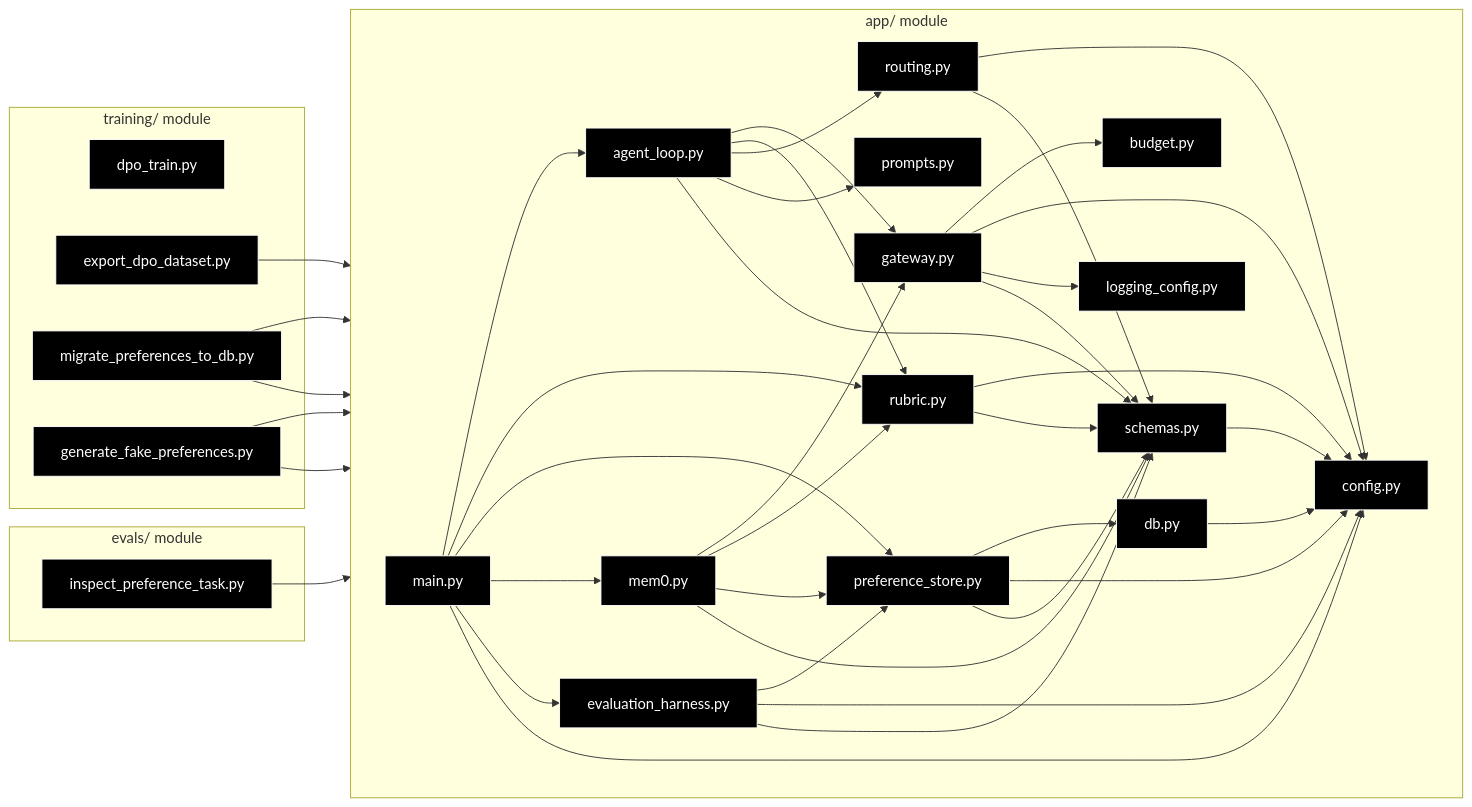
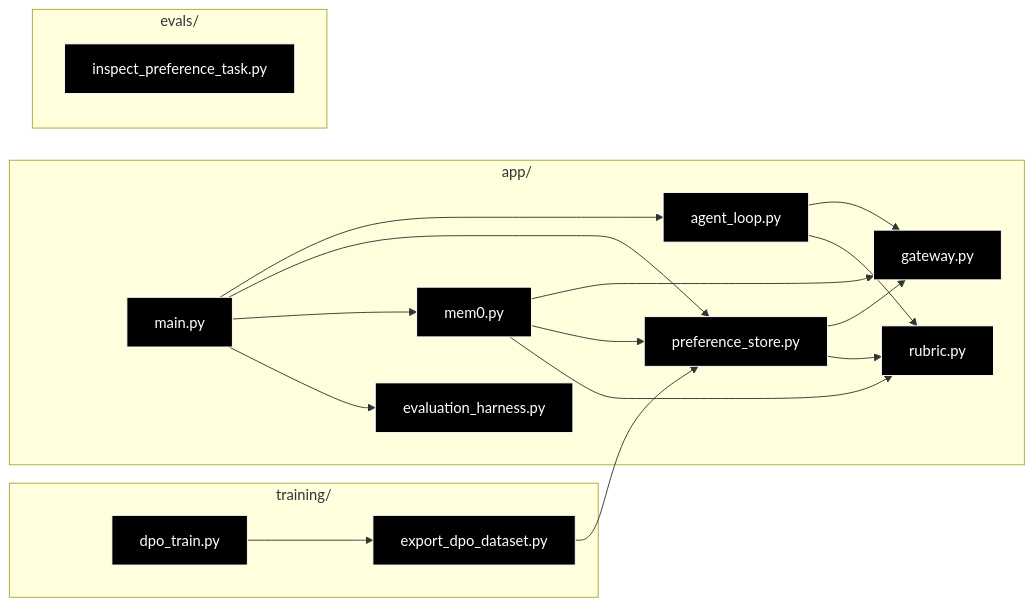
Before and after one commit to Hasan26ozcan/Script-Supervisor: the second of 16 diagrams in docs/TECHNICAL_DIAGRAMS.md, drawn with Mermaid. The commit also changed other lines of this file, not shown here.

````diff
--- a/docs/TECHNICAL_DIAGRAMS.md
+++ b/docs/TECHNICAL_DIAGRAMS.md
@@ -40,84 +42,41 @@
 ```mermaid
 graph LR
-    subgraph app["app/ module"]
-        direction LR
+    subgraph app["app/"]
         MAIN["main.py"]
         LOOP["agent_loop.py"]
         GW["gateway.py"]
         RUB["rubric.py"]
         MEM["mem0.py"]
         PREF["preference_store.py"]
-        DB["db.py"]
-        ROUTE["routing.py"]
-        CFG["config.py"]
-        SCHEMA["schemas.py"]
-        PROMPT["prompts.py"]
-        BUDGET["budget.py"]
         EVAL["evaluation_harness.py"]
-        LOG["logging_config.py"]
     end
 
-    subgraph training["training/ module"]
+    subgraph training["training/"]
         DPO["dpo_train.py"]
         EXPORT["export_dpo_dataset.py"]
-        FAKE["generate_fake_preferences.py"]
-        MIGRATE["migrate_preferences_to_db.py"]
     end
 
-    subgraph evals["evals/ module"]
+    subgraph evals["evals/"]
         INSPECT["inspect_preference_task.py"]
     end
 
     MAIN --> LOOP
-    MAIN --> RUB
     MAIN --> PREF
     MAIN --> MEM
     MAIN --> EVAL
-    MAIN --> CFG
 
     LOOP --> GW
     LOOP --> RUB
-    LOOP --> ROUTE
-    LOOP --> PROMPT
-    LOOP --> SCHEMA
-
-    GW --> BUDGET
-    GW --> CFG
-    GW --> LOG
-    GW --> SCHEMA
-
-    RUB --> CFG
-    RUB --> SCHEMA
 
     MEM --> GW
+    MEM --> PREF
     MEM --> RUB
-    MEM --> PREF
-    MEM --> SCHEMA
 
-    PREF --> DB
-    PREF --> CFG
-    PREF --> SCHEMA
-
-    DB --> CFG
-
-    ROUTE --> CFG
-    ROUTE --> SCHEMA
-
-    EVAL --> PREF
-    EVAL --> CFG
-    EVAL --> SCHEMA
-
-    SCHEMA --> CFG
+    PREF --> GW
+    PREF --> RUB
 
     EXPORT --> PREF
-
-    MIGRATE --> PREF
-    MIGRATE --> DB
-
-    FAKE --> PREF
-    FAKE --> SCHEMA
-
-    INSPECT --> SCHEMA
+    DPO --> EXPORT
 
     classDef default fill:#000000,stroke:#ffffff,stroke-width:1px,color:#ffffff
 ```
````
